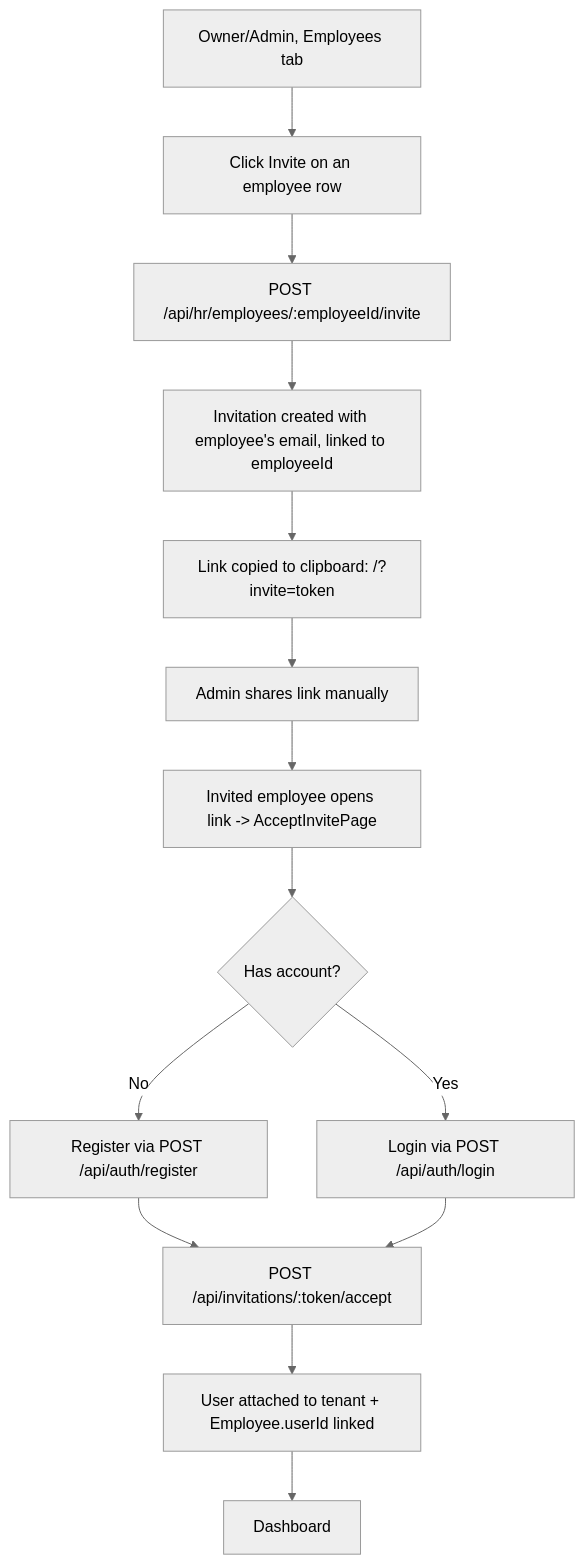
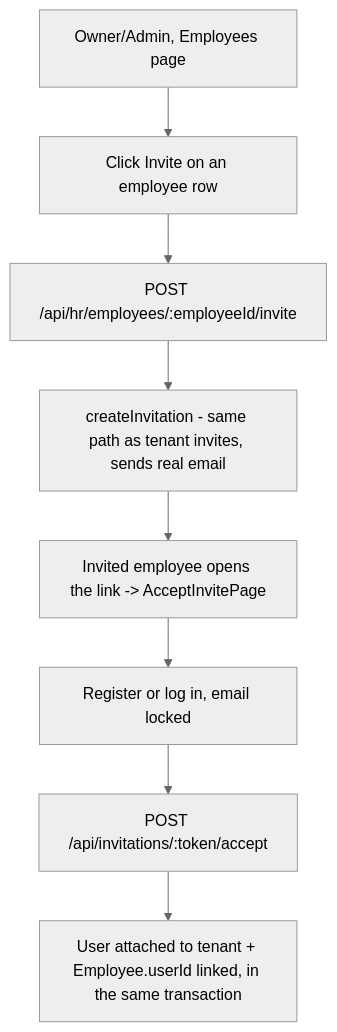
The third of 6 diagrams in docs/current-process-flow.md (ABravo2025/northstack), drawn with Mermaid (neutral theme) before and after one commit. The commit also changed other lines of this file and 3 other files, not shown here.

````diff
--- a/docs/current-process-flow.md
+++ b/docs/current-process-flow.md
@@ -67,16 +73,10 @@
 ```mermaid
 flowchart TD
-  A[Owner/Admin, Employees tab] --> B[Click Invite on an employee row]
+  A[Owner/Admin, Employees page] --> B[Click Invite on an employee row]
   B --> C[POST /api/hr/employees/:employeeId/invite]
-  C --> D[Invitation created with employee's email, linked to employeeId]
-  D --> E[Link copied to clipboard: /?invite=token]
-  E --> F[Admin shares link manually]
-  F --> G[Invited employee opens link -> AcceptInvitePage]
-  G --> H{Has account?}
-  H -->|No| I[Register via POST /api/auth/register]
-  H -->|Yes| J[Login via POST /api/auth/login]
-  I --> K[POST /api/invitations/:token/accept]
-  J --> K
-  K --> L[User attached to tenant + Employee.userId linked]
-  L --> M[Dashboard]
+  C --> D[createInvitation - same path as tenant invites, sends real email]
+  D --> E[Invited employee opens the link -> AcceptInvitePage]
+  E --> F[Register or log in, email locked]
+  F --> G[POST /api/invitations/:token/accept]
+  G --> H[User attached to tenant + Employee.userId linked, in the same transaction]
 ```
````
